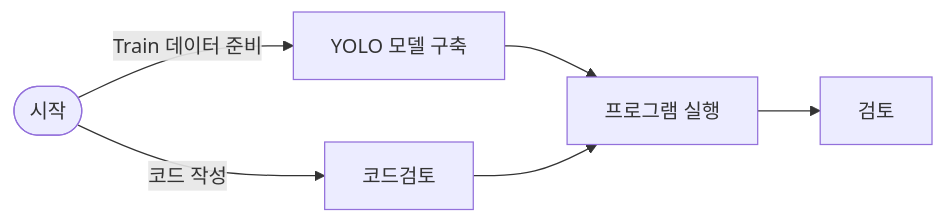
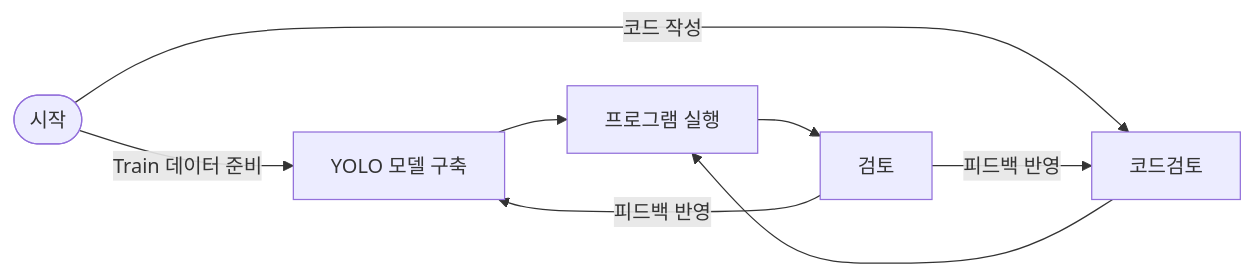
Before and after one commit to gamdumdum/my-project: the first of 2 diagrams in README.md, drawn with Mermaid.

````diff
--- a/README.md
+++ b/README.md
@@ -2,16 +2,15 @@
 ```mermaid
 flowchart LR
     시작([시작])
     시작 -->|Train 데이터 준비| Yolo[YOLO 모델 구축]
     시작 -->|코드 작성| 코드검토[코드검토]
 
-
-
-
     Yolo --> 실행[프로그램 실행]
     코드검토 --> 실행[프로그램 실행]
 
     실행 -->검토[검토]
 
-    
+    검토 -->|피드백 반영| 코드검토
+    검토 -->|피드백 반영| Yolo
+
 ```
````
